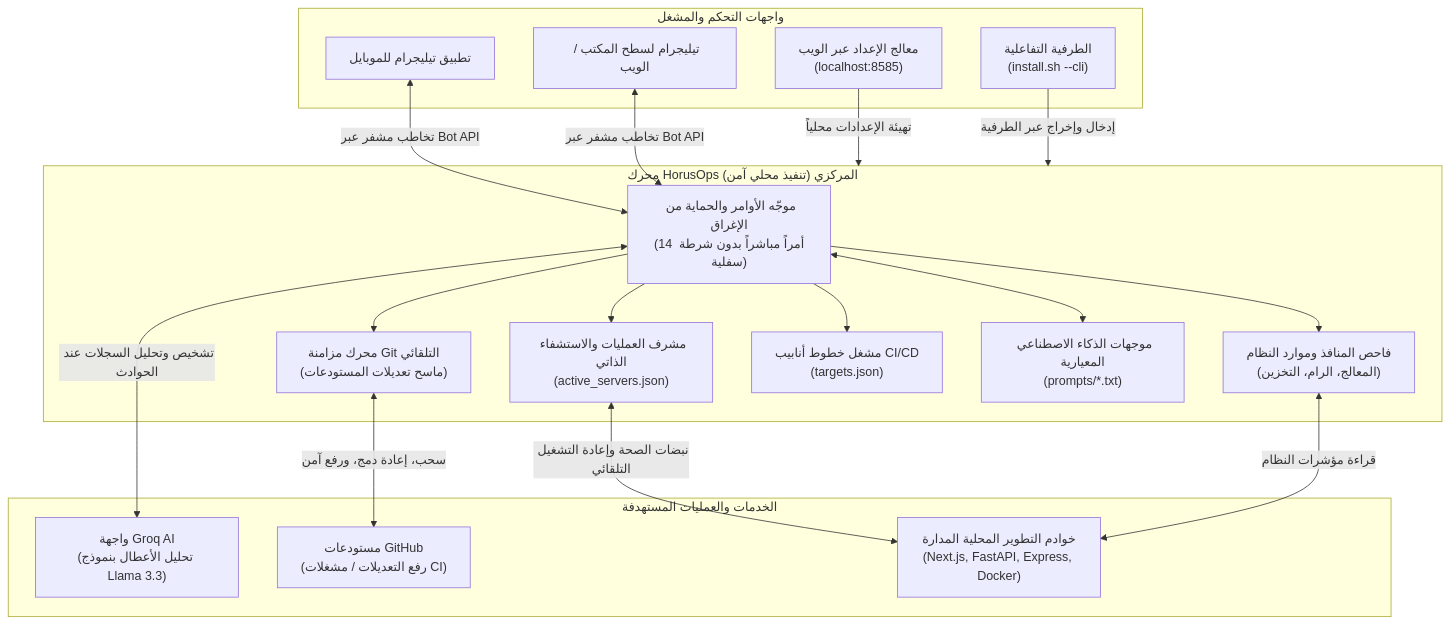
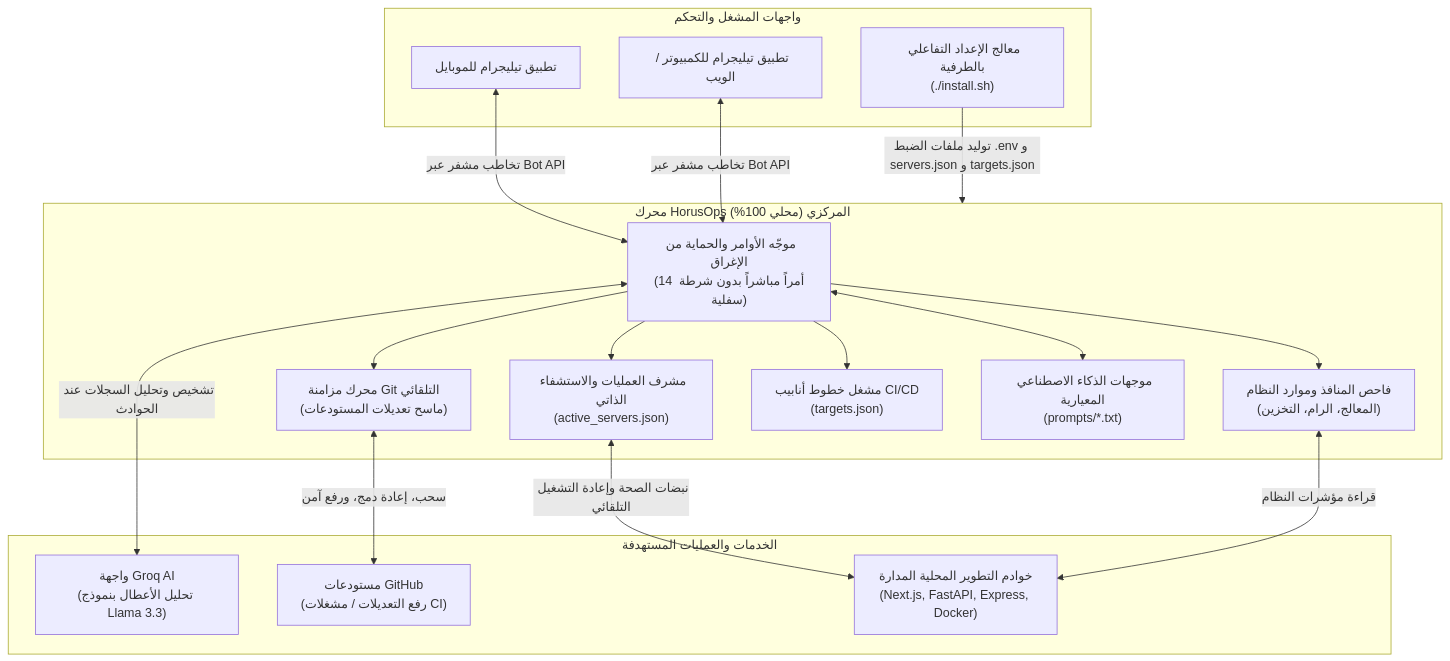
Before and after one commit to ElShaikh1945/HorusOps: the diagram in README.ar.md, drawn with Mermaid. The commit also changed other lines of this file and 3 other files, not shown here.

Commit message:
feat(cli): convert setup wizard to 100% terminal native with bilingual Arabic and English support

````diff
--- a/README.ar.md
+++ b/README.ar.md
@@ -36,40 +39,38 @@
 ```mermaid
 flowchart TB
-    subgraph Operator["واجهات التحكم والمشغل"]
+    subgraph Operator["واجهات المشغل والتحكم"]
         TG_Mobile["تطبيق تيليجرام للموبايل"]
-        TG_Desktop["تيليجرام لسطح المكتب / الويب"]
-        Web_Console["معالج الإعداد عبر الويب\n(localhost:8585)"]
-        CLI_Term["الطرفية التفاعلية\n(install.sh --cli)"]
+        TG_Desktop["تطبيق تيليجرام للكمبيوتر / الويب"]
+        CLI_Wizard["معالج الإعداد التفاعلي بالطرفية\n(./install.sh)"]
     end
 
-    subgraph HorusOps["محرك HorusOps المركزي (تنفيذ محلي آمن)"]
+    subgraph HorusOps["محرك HorusOps المركزي (محلي 100%)"]
         Router["موجّه الأوامر والحماية من الإغراق\n(14 أمراً مباشراً بدون شرطة سفلية)"]
         Supervisor["مشرف العمليات والاستشفاء الذاتي\n(active_servers.json)"]
         Health["فاحص المنافذ وموارد النظام\n(المعالج، الرام، التخزين)"]
         Sync["محرك مزامنة Git التلقائي\n(ماسح تعديلات المستودعات)"]
         CICD["مشغل خطوط أنابيب CI/CD\n(targets.json)"]
         Prompts["موجهات الذكاء الاصطناعي المعيارية\n(prompts/*.txt)"]
     end
 
     subgraph External["الخدمات والعمليات المستهدفة"]
         Groq["واجهة Groq AI\n(تحليل الأعطال بنموذج Llama 3.3)"]
         GitHub["مستودعات GitHub\n(رفع التعديلات / مشغلات CI)"]
         DevServers["خوادم التطوير المحلية المدارة\n(Next.js, FastAPI, Express, Docker)"]
     end
 
     TG_Mobile <-->|تخاطب مشفر عبر Bot API| Router
     TG_Desktop <-->|تخاطب مشفر عبر Bot API| Router
-    Web_Console -->|تهيئة الإعدادات محلياً| HorusOps
-    CLI_Term -->|إدخال وإخراج عبر الطرفية| HorusOps
+    CLI_Wizard -->|توليد ملفات الضبط .env و servers.json و targets.json| HorusOps
 
     Router --> Supervisor
     Router --> Health
     Router --> Sync
     Router --> CICD
     Router <--> Prompts
 
     Supervisor <-->|نبضات الصحة وإعادة التشغيل التلقائي| DevServers
     Health <-->|قراءة مؤشرات النظام| DevServers
     Sync <-->|سحب، إعادة دمج، ورفع آمن| GitHub
     Router <-->|تشخيص وتحليل السجلات عند الحوادث| Groq
 ```
````
